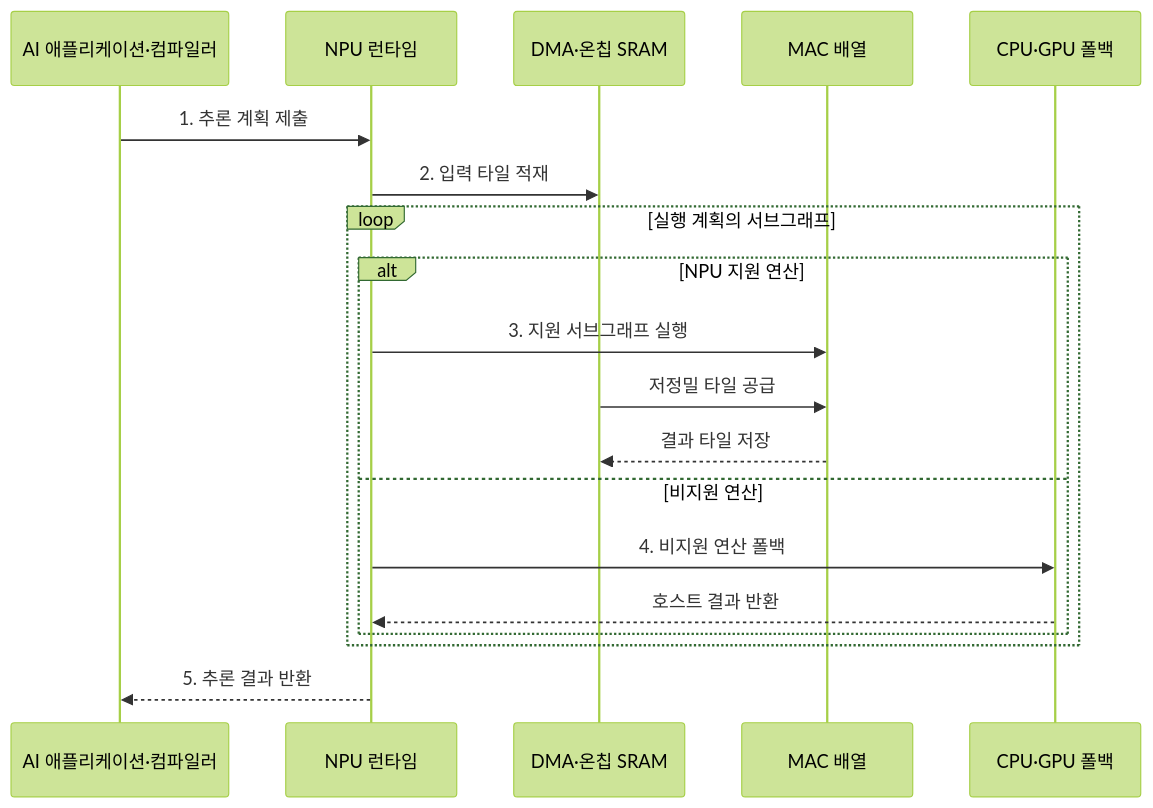
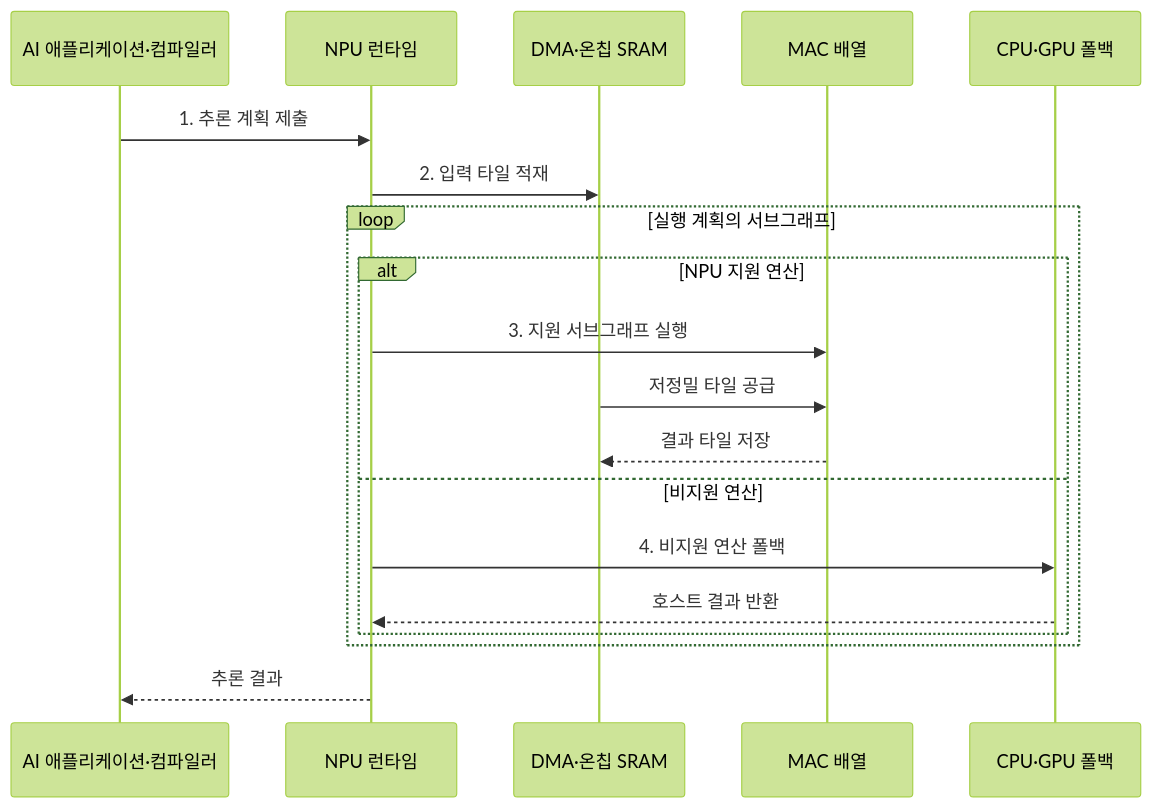
One commit to agnusdei1207/knowledge-base changed the second of 2 diagrams in src/content/docs/notes/02-hardware/044_neural_processing_unit.md. Above: the diagram before and after it, drawn with Mermaid (forest theme). The commit also changed other lines of this file and 20 other files, not shown here.

````diff
--- a/src/content/docs/notes/02-hardware/044_neural_processing_unit.md
+++ b/src/content/docs/notes/02-hardware/044_neural_processing_unit.md
@@ -86,22 +87,22 @@
 ```mermaid
 sequenceDiagram
     participant A as AI 애플리케이션·컴파일러
     participant R as NPU 런타임
     participant M as DMA·온칩 SRAM
     participant N as MAC 배열
     participant H as CPU·GPU 폴백
 
     A->>R: 1. 추론 계획 제출
     R->>M: 2. 입력 타일 적재
     loop 실행 계획의 서브그래프
         alt NPU 지원 연산
             R->>N: 3. 지원 서브그래프 실행
             M->>N: 저정밀 타일 공급
             N-->>M: 결과 타일 저장
         else 비지원 연산
             R->>H: 4. 비지원 연산 폴백
             H-->>R: 호스트 결과 반환
         end
     end
-    R-->>A: 5. 추론 결과 반환
+    R-->>A: 추론 결과
 ```
````
